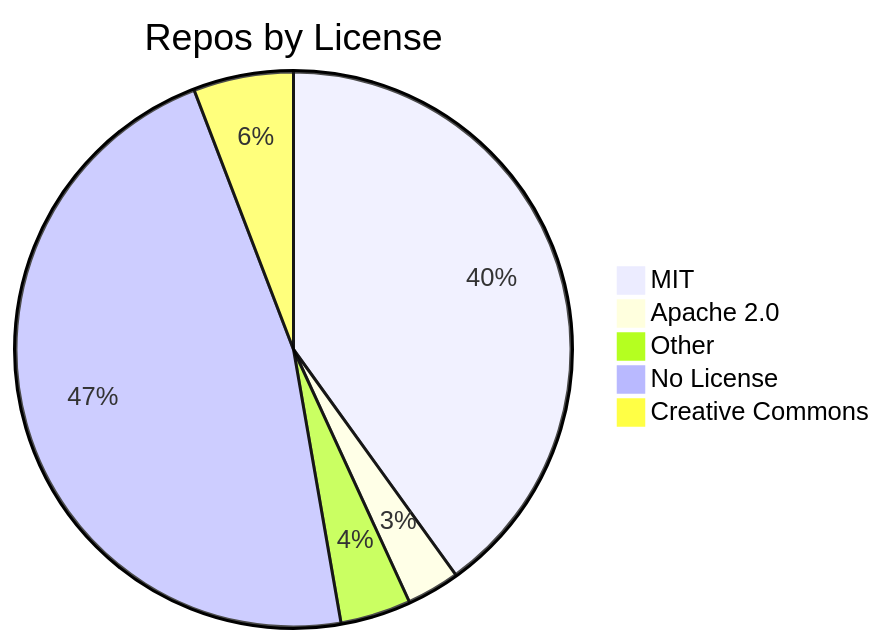
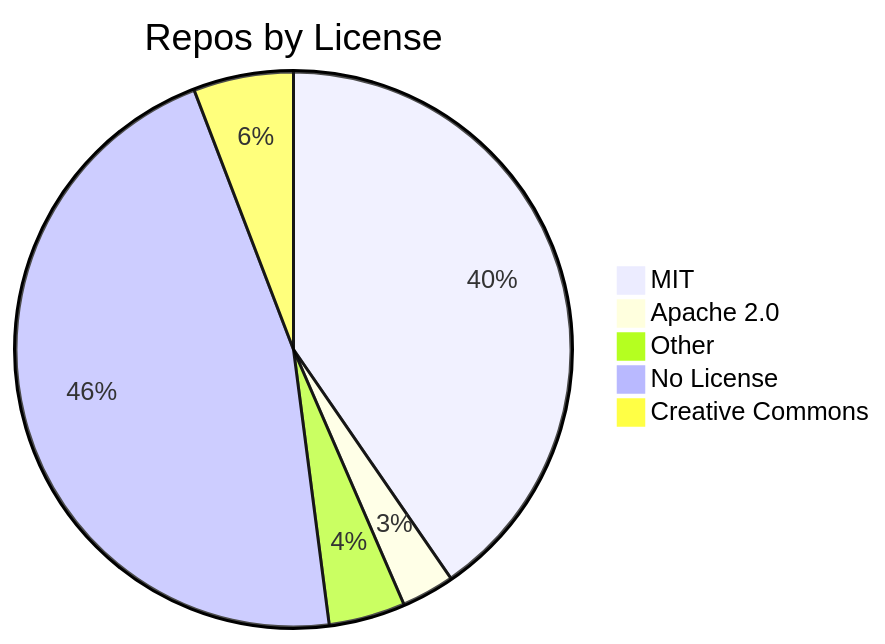
Before and after one commit to jpatterson933/awesome-mcp-server-repo-index: the diagram in README.md, drawn with Mermaid. The commit also changed other lines of this file and 3 other files, not shown here.

````diff
--- a/README.md
+++ b/README.md
@@ -29,8 +29,8 @@
 ```mermaid
 pie title Repos by License
-    "MIT" : 117
+    "MIT" : 118
     "Apache 2.0" : 9
-    "Other" : 12
-    "No License" : 137
+    "Other" : 13
+    "No License" : 135
     "Creative Commons" : 17
 ```
````
